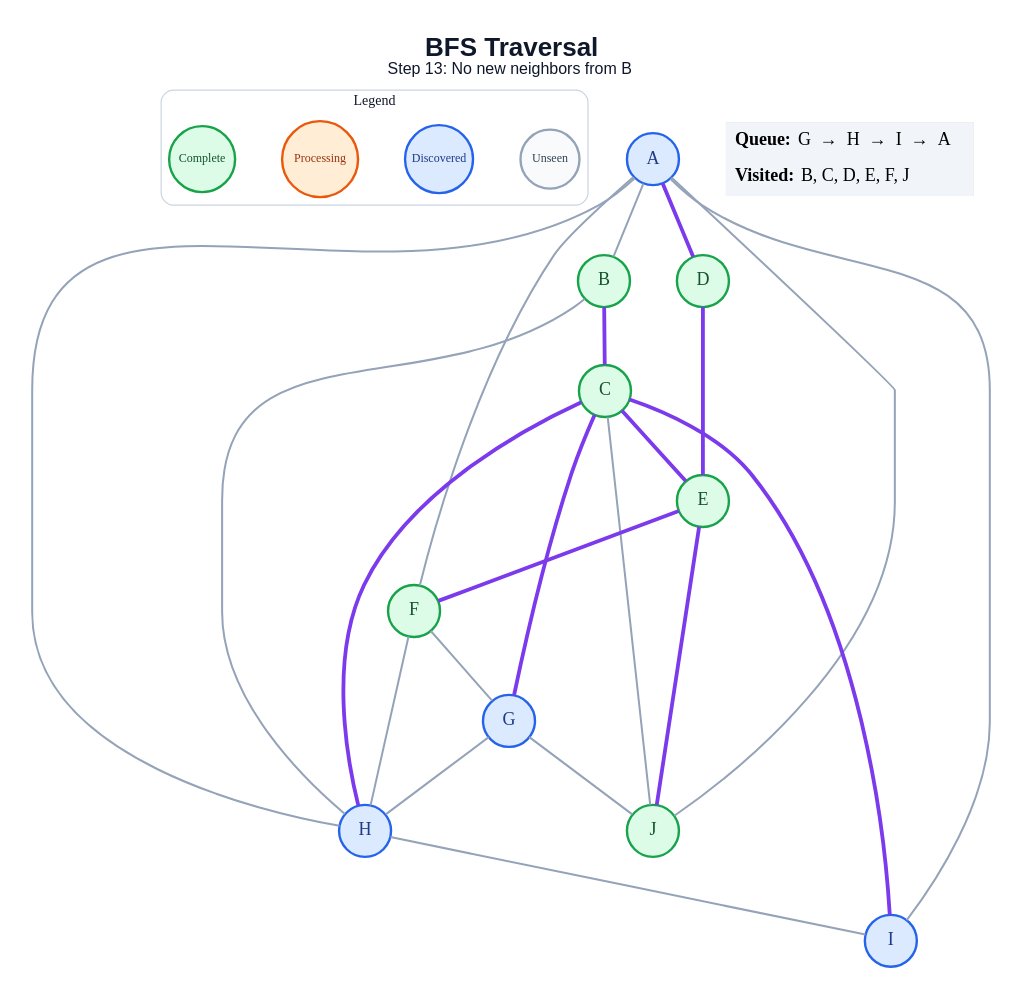
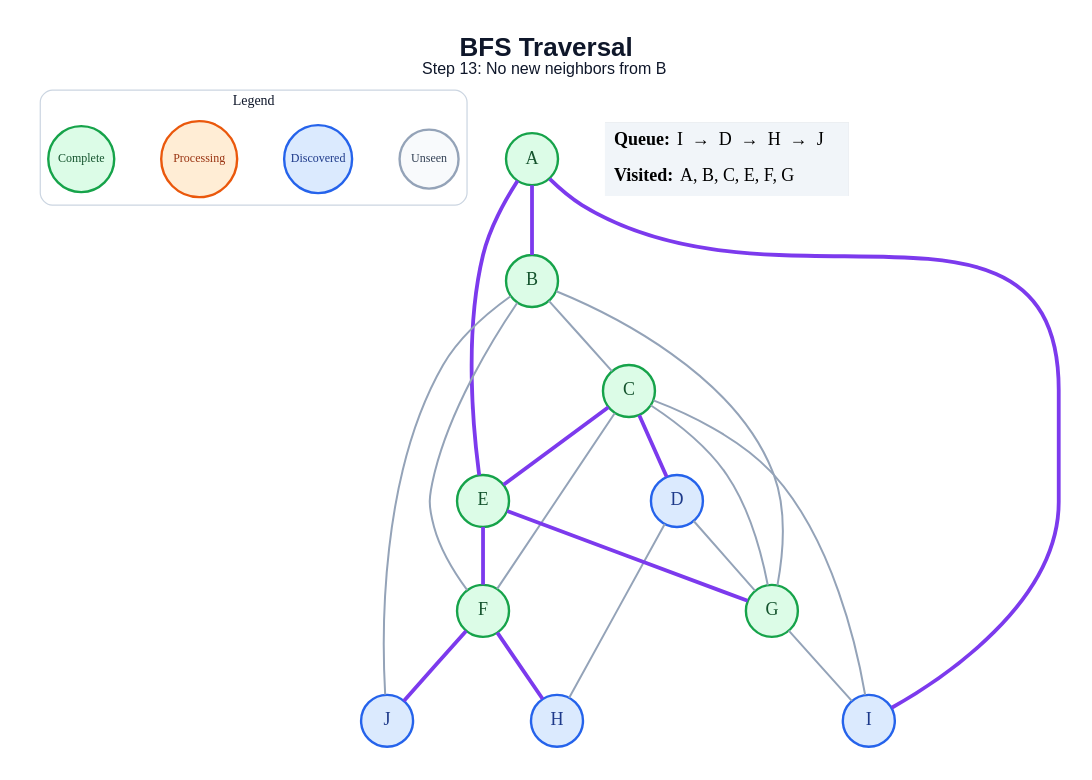
Before and after one commit to amanghodawala9/ai-slop: the diagram in generated/specific-node/bfs/step_13.dot, drawn with Graphviz. The commit also changed 178 other files, not shown here.

```diff
--- a/generated/specific-node/bfs/step_13.dot
+++ b/generated/specific-node/bfs/step_13.dot
@@ -1,50 +1,48 @@
 graph traversal {
   graph [layout=dot, rankdir=TB, bgcolor="#FFFFFF", pad="0.35", nodesep="0.65", ranksep="0.8", fontname="Arial"];
   node [shape=circle, style="filled", fontname="Arial Bold", fontsize=18, width=0.72, fixedsize=true, penwidth=2.4];
   edge [color="#94A3B8", penwidth=2.0];
   label=<<B>BFS Traversal</B><BR/><FONT POINT-SIZE="16">Step 13: No new neighbors from B</FONT>>; labelloc="t"; fontsize=26; fontname="Arial"; fontcolor="#0F172A";
   subgraph cluster_legend { label="Legend"; color="#CBD5E1"; penwidth=1.2; style="rounded"; fontsize=14; fontname="Arial Bold";
     key_unseen [label="Unseen", fillcolor="#F8FAFC", color="#94A3B8", fontcolor="#334155", fontsize=12, width=0.82];
     key_frontier [label="Discovered", fillcolor="#DBEAFE", color="#2563EB", fontcolor="#1E3A8A", fontsize=12, width=0.95];
     key_current [label="Processing", fillcolor="#FFEDD5", color="#EA580C", fontcolor="#9A3412", fontsize=12, width=1.05];
     key_done [label="Complete", fillcolor="#DCFCE7", color="#16A34A", fontcolor="#14532D", fontsize=12, width=0.92];
     { rank=same; key_unseen; key_frontier; key_current; key_done; }
   }
-  A [fillcolor="#DBEAFE", color="#2563EB", fontcolor="#1E3A8A"];
+  A [fillcolor="#DCFCE7", color="#16A34A", fontcolor="#14532D"];
   B [fillcolor="#DCFCE7", color="#16A34A", fontcolor="#14532D"];
   C [fillcolor="#DCFCE7", color="#16A34A", fontcolor="#14532D"];
-  D [fillcolor="#DCFCE7", color="#16A34A", fontcolor="#14532D"];
+  D [fillcolor="#DBEAFE", color="#2563EB", fontcolor="#1E3A8A"];
   E [fillcolor="#DCFCE7", color="#16A34A", fontcolor="#14532D"];
   F [fillcolor="#DCFCE7", color="#16A34A", fontcolor="#14532D"];
-  G [fillcolor="#DBEAFE", color="#2563EB", fontcolor="#1E3A8A"];
+  G [fillcolor="#DCFCE7", color="#16A34A", fontcolor="#14532D"];
   H [fillcolor="#DBEAFE", color="#2563EB", fontcolor="#1E3A8A"];
   I [fillcolor="#DBEAFE", color="#2563EB", fontcolor="#1E3A8A"];
-  J [fillcolor="#DCFCE7", color="#16A34A", fontcolor="#14532D"];
-  A -- B;
-  A -- D [color="#7C3AED", penwidth=3.8];
-  A -- F;
-  A -- H;
-  A -- I;
-  A -- J;
-  B -- C [color="#7C3AED", penwidth=3.8];
-  B -- H;
+  J [fillcolor="#DBEAFE", color="#2563EB", fontcolor="#1E3A8A"];
+  A -- B [color="#7C3AED", penwidth=3.8];
+  A -- E [color="#7C3AED", penwidth=3.8];
+  A -- I [color="#7C3AED", penwidth=3.8];
+  B -- C;
+  B -- F;
+  B -- G;
+  B -- J;
+  C -- D [color="#7C3AED", penwidth=3.8];
   C -- E [color="#7C3AED", penwidth=3.8];
-  C -- G [color="#7C3AED", penwidth=3.8];
-  C -- H [color="#7C3AED", penwidth=3.8];
-  C -- I [color="#7C3AED", penwidth=3.8];
-  C -- J;
-  D -- E [color="#7C3AED", penwidth=3.8];
+  C -- F;
+  C -- G;
+  C -- I;
+  D -- G;
+  D -- H;
   E -- F [color="#7C3AED", penwidth=3.8];
-  E -- J [color="#7C3AED", penwidth=3.8];
-  F -- G;
-  F -- H;
-  G -- H;
-  G -- J;
-  H -- I;
+  E -- G [color="#7C3AED", penwidth=3.8];
+  F -- H [color="#7C3AED", penwidth=3.8];
+  F -- J [color="#7C3AED", penwidth=3.8];
+  G -- I;
   status [shape=plain, fixedsize=false, width=0, height=0, margin=0, label=<
     <TABLE BORDER="0" CELLBORDER="0" CELLPADDING="7" BGCOLOR="#F1F5F9">
-      <TR><TD ALIGN="LEFT"><B>Queue:</B> G  →  H  →  I  →  A</TD></TR>
-      <TR><TD ALIGN="LEFT"><B>Visited:</B> B, C, D, E, F, J</TD></TR>
+      <TR><TD ALIGN="LEFT"><B>Queue:</B> I  →  D  →  H  →  J</TD></TR>
+      <TR><TD ALIGN="LEFT"><B>Visited:</B> A, B, C, E, F, G</TD></TR>
     </TABLE>
   >];
 }
```
